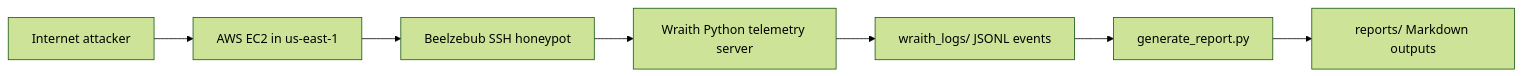
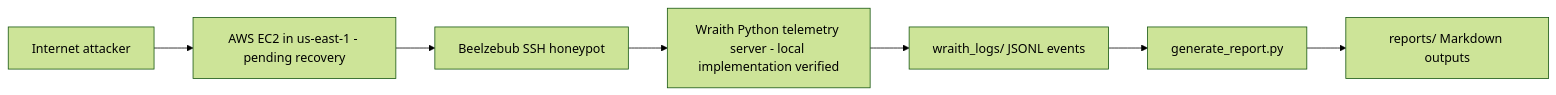
One commit to shikhar-sahay/wraith changed the second of 2 diagrams in docs/architecture-notes.md. Above: the diagram before and after it, drawn with Mermaid (forest theme). The commit also changed other lines of this file and 6 other files, not shown here.

Commit message:
Update project status and deployment architecture documentation

````diff
--- a/docs/architecture-notes.md
+++ b/docs/architecture-notes.md
@@ -26,9 +26,9 @@
 ```mermaid
 flowchart LR
-    A[Internet attacker] --> B[AWS EC2 in us-east-1]
+    A[Internet attacker] --> B[AWS EC2 in us-east-1 - pending recovery]
     B --> C[Beelzebub SSH honeypot]
-    C --> D[Wraith Python telemetry server]
+    C --> D[Wraith Python telemetry server - local implementation verified]
     D --> E[wraith_logs/ JSONL events]
     E --> F[generate_report.py]
     F --> G[reports/ Markdown outputs]
 ```
````
